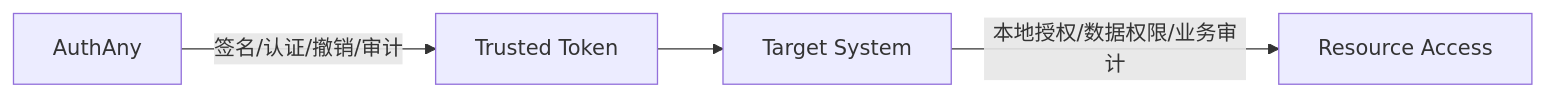
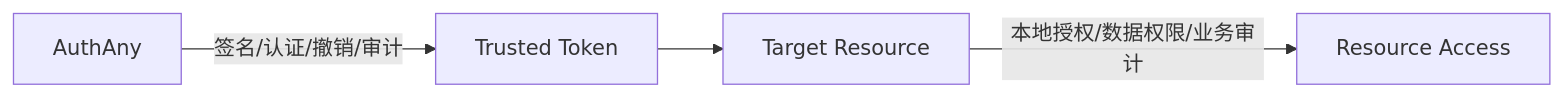
One commit to renxqoo/Authany changed the first of 2 diagrams in demand/04-security.md. Above: the diagram before and after it, drawn with Mermaid. The commit also changed other lines of this file and 310 other files, not shown here.

Commit message:
feat: harden security flows and reorganize example apps

````diff
--- a/demand/04-security.md
+++ b/demand/04-security.md
@@ -42,6 +42,6 @@
 ```mermaid
 flowchart LR
     P["AuthAny"] -->|"签名/认证/撤销/审计"| TOK["Trusted Token"]
-    TOK --> B["Target System"]
+    TOK --> B["Target Resource"]
     B -->|"本地授权/数据权限/业务审计"| RES["Resource Access"]
 ```
````
